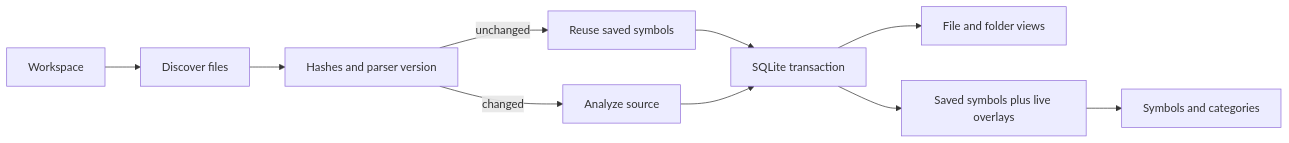
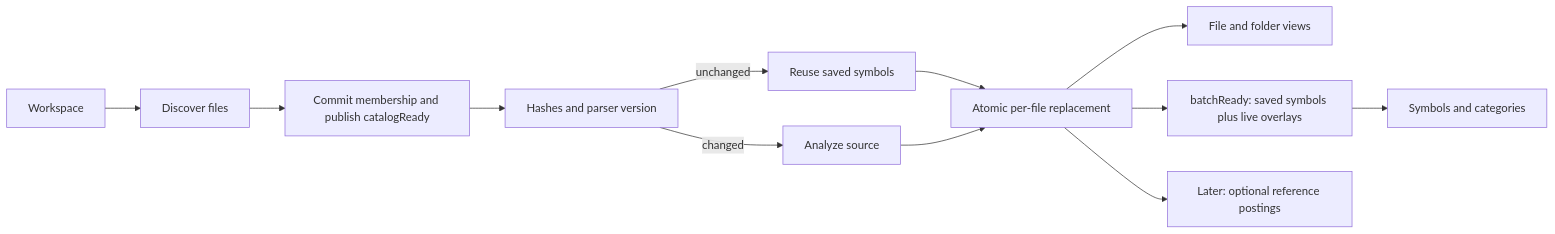
The third of 4 diagrams in docs/DEVELOPER_GUIDE.md (deepak-rawat/codecairn), drawn with Mermaid before and after one commit. The commit also changed other lines of this file and 39 other files, not shown here.

````diff
--- a/docs/DEVELOPER_GUIDE.md
+++ b/docs/DEVELOPER_GUIDE.md
@@ -411,12 +418,14 @@
 ```mermaid
 flowchart LR
     OPEN["Workspace"] --> DISC["Discover files"]
-    DISC --> HASH["Hashes and parser version"]
+    DISC --> CAT["Commit membership and publish catalogReady"]
+    CAT --> HASH["Hashes and parser version"]
     HASH -->|unchanged| REUSE["Reuse saved symbols"]
     HASH -->|changed| PARSE["Analyze source"]
-    REUSE --> TX["SQLite transaction"]
+    REUSE --> TX["Atomic per-file replacement"]
     PARSE --> TX
     TX --> FILES["File and folder views"]
-    TX --> QUERY["Saved symbols plus live overlays"]
+    TX --> QUERY["batchReady: saved symbols plus live overlays"]
     QUERY --> UI["Symbols and categories"]
+    TX --> REF["Later: optional reference postings"]
 ```
````
